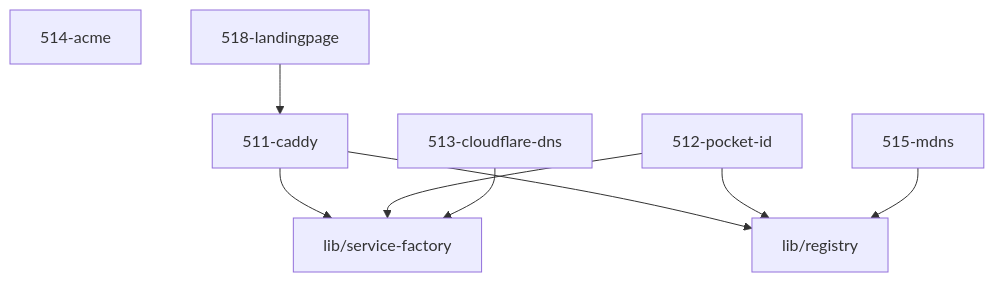
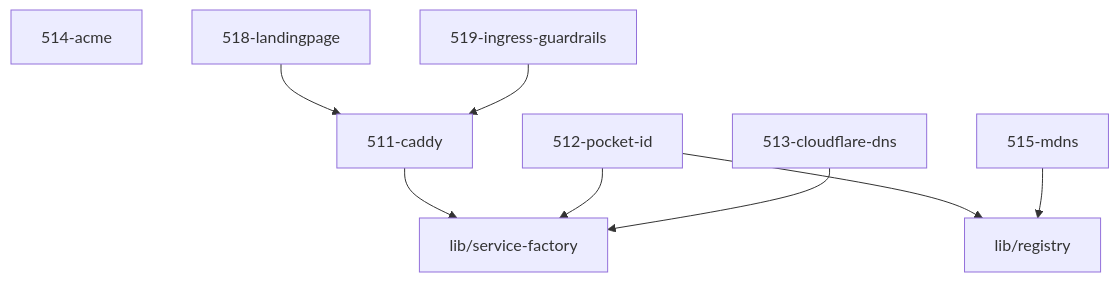
One commit to grapefruit89/mediNix-core changed the diagram in 51-ingress/AGENTS.md. Above: the diagram before and after it, drawn with Mermaid. The commit also changed other lines of this file and 2 other files, not shown here.

````diff
--- a/51-ingress/AGENTS.md
+++ b/51-ingress/AGENTS.md
@@ -55,11 +57,11 @@
 ```mermaid
 graph TD
   511_caddy["511-caddy"] --> service_factory["lib/service-factory"]
-  511_caddy["511-caddy"] --> registry["lib/registry"]
   512_pocket_id["512-pocket-id"] --> service_factory["lib/service-factory"]
   512_pocket_id["512-pocket-id"] --> registry["lib/registry"]
   513_cloudflare_dns["513-cloudflare-dns"] --> service_factory["lib/service-factory"]
   514_acme["514-acme"]
   515_mdns["515-mdns"] --> registry["lib/registry"]
   518_landingpage["518-landingpage"] --> 511_caddy["511-caddy"]
+  519_ingress_guardrails["519-ingress-guardrails"] --> 511_caddy["511-caddy"]
 ```
````
